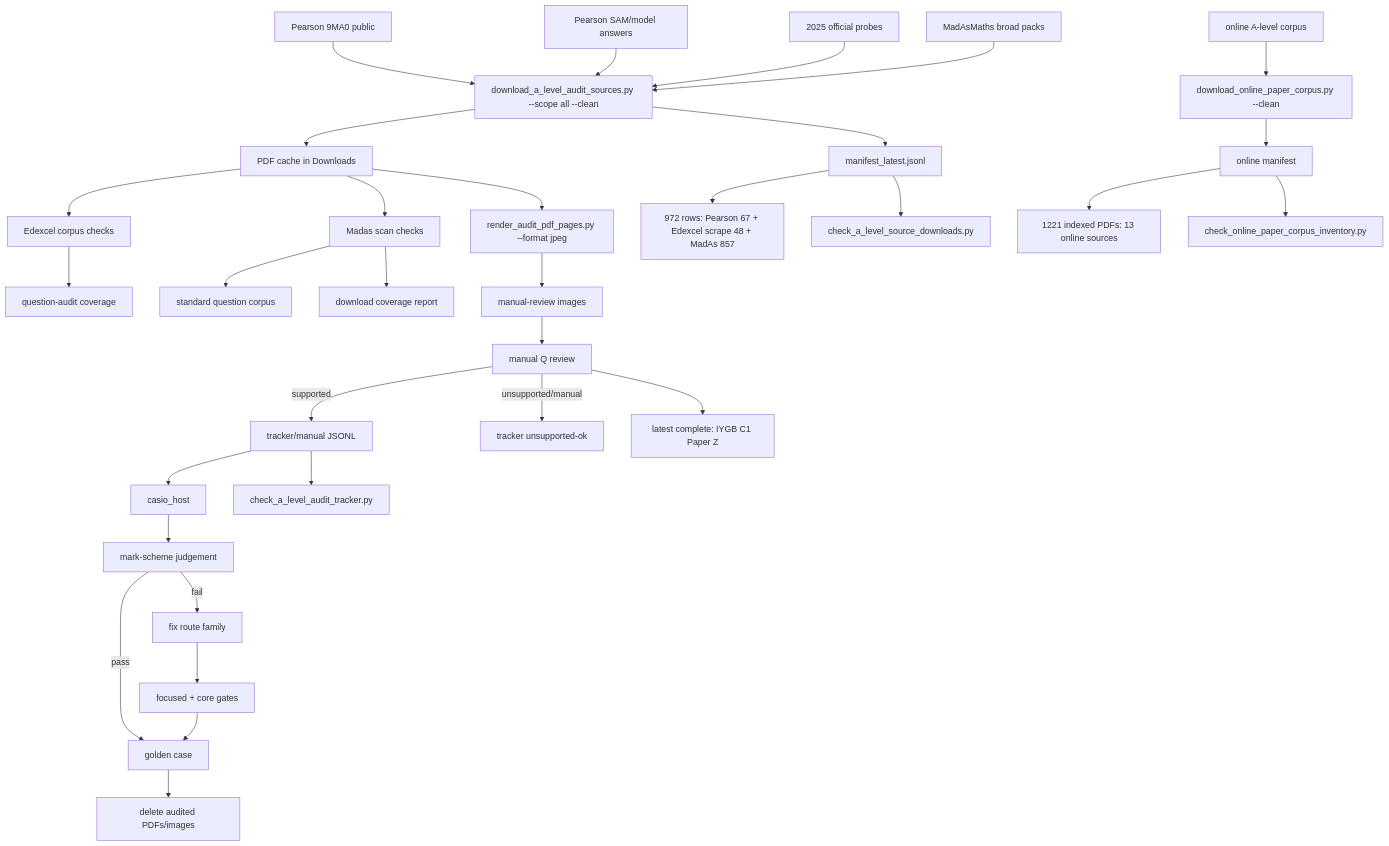
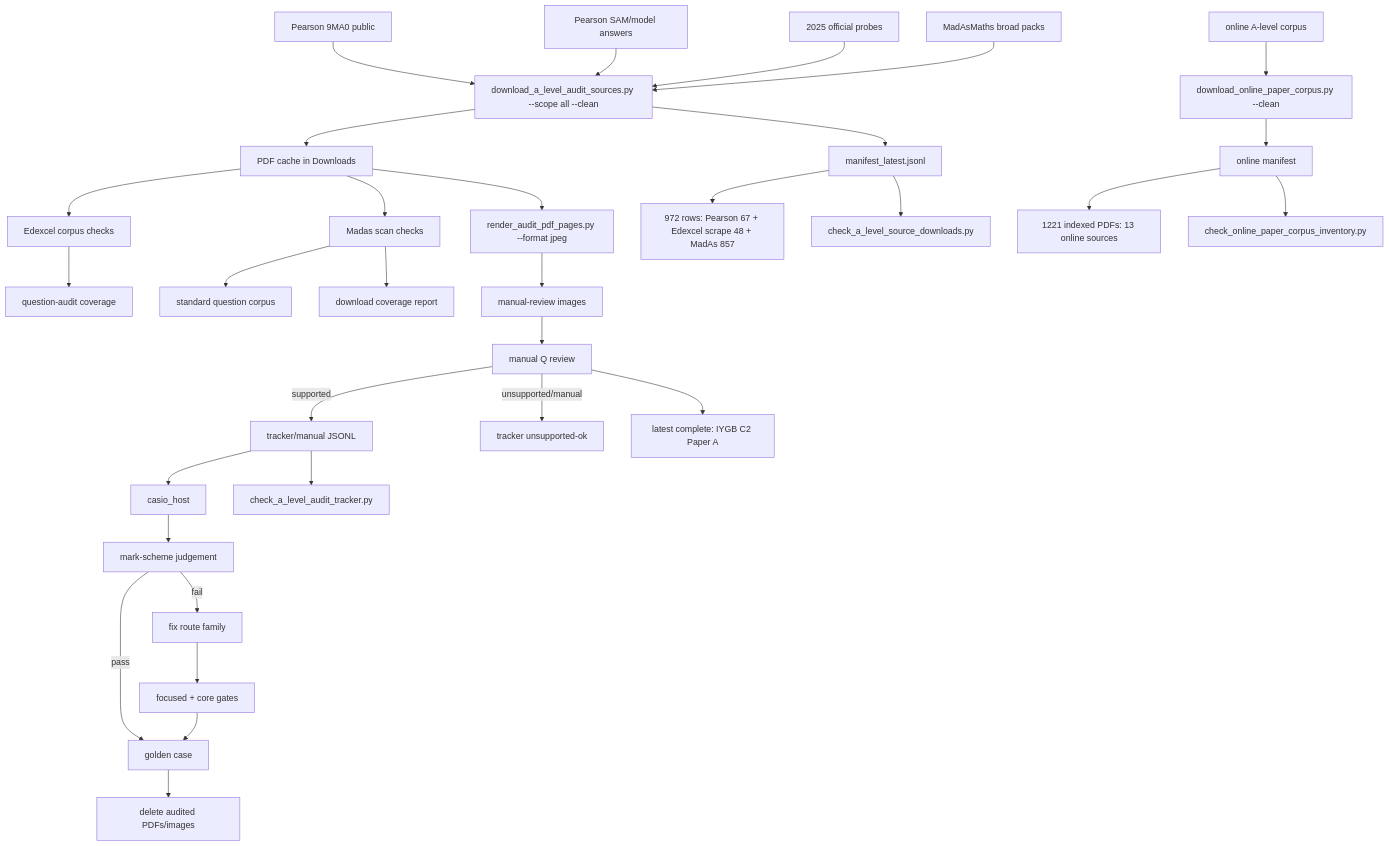
The diagram in c++/tools/golden/a_level_audit_graph.md (james8464/notes-addin-casio-fx-cg50), drawn with Mermaid before and after one commit. The commit also changed other lines of this file and 2 other files, not shown here.

Commit message:
Audit IYGB C2 Paper A

````diff
--- a/c++/tools/golden/a_level_audit_graph.md
+++ b/c++/tools/golden/a_level_audit_graph.md
@@ -3,34 +3,34 @@
 ```mermaid
 graph TD
   E1["Pearson 9MA0 public"] --> D["download_a_level_audit_sources.py --scope all --clean"]
   E2["Pearson SAM/model answers"] --> D
   E3["2025 official probes"] --> D
   M1["MadAsMaths broad packs"] --> D
   O1["online A-level corpus"] --> OD["download_online_paper_corpus.py --clean"]
   D --> P["PDF cache in Downloads"]
   D --> X["manifest_latest.jsonl"]
   OD --> OX["online manifest"]
   X --> XC["972 rows: Pearson 67 + Edexcel scrape 48 + MadAs 857"]
   OX --> OC["1221 indexed PDFs: 13 online sources"]
   X --> V["check_a_level_source_downloads.py"]
   OX --> OV["check_online_paper_corpus_inventory.py"]
   P --> E["Edexcel corpus checks"]
   E --> EQ["question-audit coverage"]
   P --> S["Madas scan checks"]
   S --> M["standard question corpus"]
   S --> MC["download coverage report"]
   P --> R["render_audit_pdf_pages.py --format jpeg"]
   R --> I["manual-review images"]
   I --> Q["manual Q review"]
   Q -->|supported| J["tracker/manual JSONL"]
   Q -->|unsupported/manual| U["tracker unsupported-ok"]
   J --> H["casio_host"]
   J --> K["check_a_level_audit_tracker.py"]
   H --> C["mark-scheme judgement"]
   C -->|pass| G["golden case"]
   C -->|fail| F["fix route family"]
   F --> T["focused + core gates"]
   T --> G
   G --> Z["delete audited PDFs/images"]
-  Q --> Qt["latest complete: IYGB C1 Paper Z"]
+  Q --> Qt["latest complete: IYGB C2 Paper A"]
 ```
````
